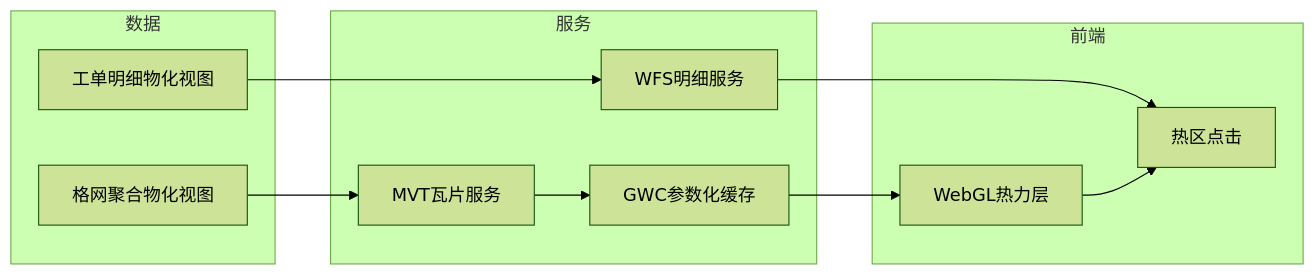
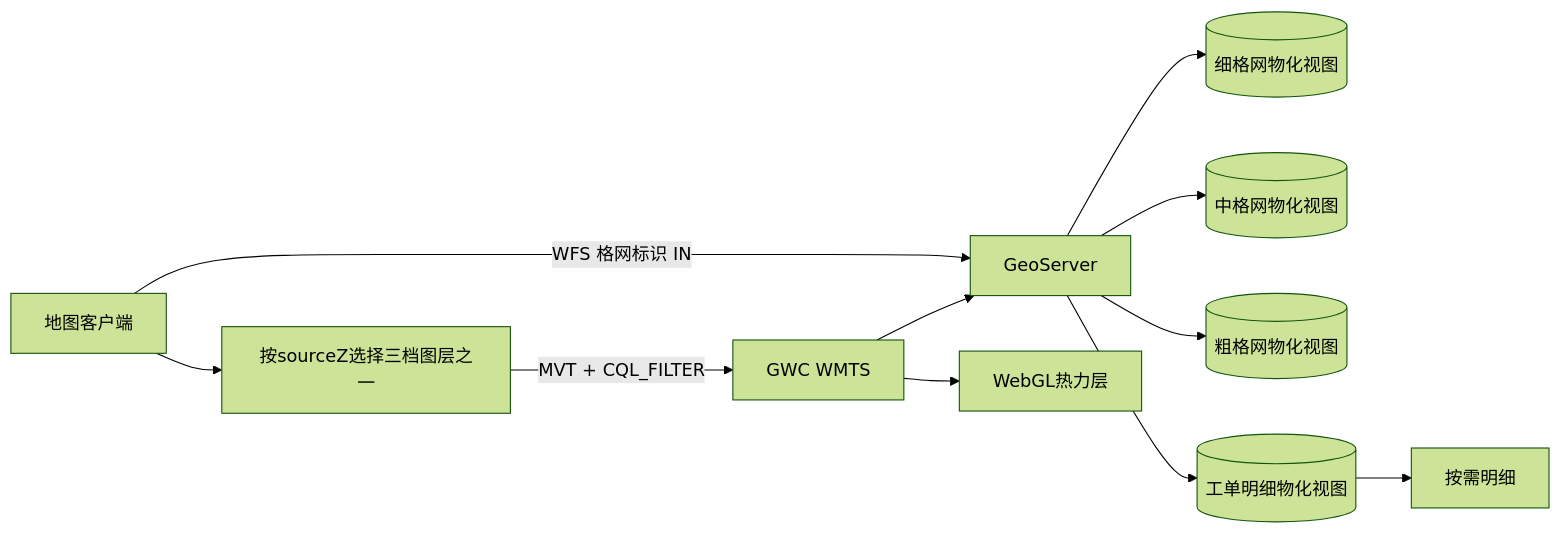
One commit to zheyi420/Dev-Wiki changed the first of 7 diagrams in Blog/mvt-webgl_heatmap-ccl/02-服务层-MVT瓦片与按需明细查询.md. Above: the diagram before and after it, drawn with Mermaid (forest theme). The commit also changed other lines of this file, not shown here.

````diff
--- a/Blog/mvt-webgl_heatmap-ccl/02-服务层-MVT瓦片与按需明细查询.md
+++ b/Blog/mvt-webgl_heatmap-ccl/02-服务层-MVT瓦片与按需明细查询.md
@@ -35,19 +37,24 @@
 ```mermaid
 flowchart LR
-  subgraph data [数据]
-    gridMV[格网聚合物化视图]
-    orderMV[工单明细物化视图]
-  end
-  subgraph service [服务]
-    mvtService[MVT瓦片服务]
-    gwcCache[GWC参数化缓存]
-    wfsService[WFS明细服务]
-  end
-  subgraph frontend [前端]
-    heatLayer[WebGL热力层]
-    regionClick[热区点击]
-  end
-  gridMV --> mvtService --> gwcCache --> heatLayer
-  orderMV --> wfsService --> regionClick
-  heatLayer --> regionClick
+  client[地图客户端]
+  pickLod[按sourceZ选择三档图层之一]
+  gwc[GWC WMTS]
+  geoServer[GeoServer]
+  fineMV[(细格网物化视图)]
+  mediumMV[(中格网物化视图)]
+  coarseMV[(粗格网物化视图)]
+  detailMV[(工单明细物化视图)]
+  heatLayer[WebGL热力层]
+  detailPanel[按需明细]
+
+  client --> pickLod
+  pickLod -->|"MVT + CQL_FILTER"| gwc
+  gwc --> geoServer
+  geoServer --> fineMV
+  geoServer --> mediumMV
+  geoServer --> coarseMV
+  gwc --> heatLayer
+  client -->|"WFS 格网标识 IN"| geoServer
+  geoServer --> detailMV
+  detailMV --> detailPanel
 ```
````
